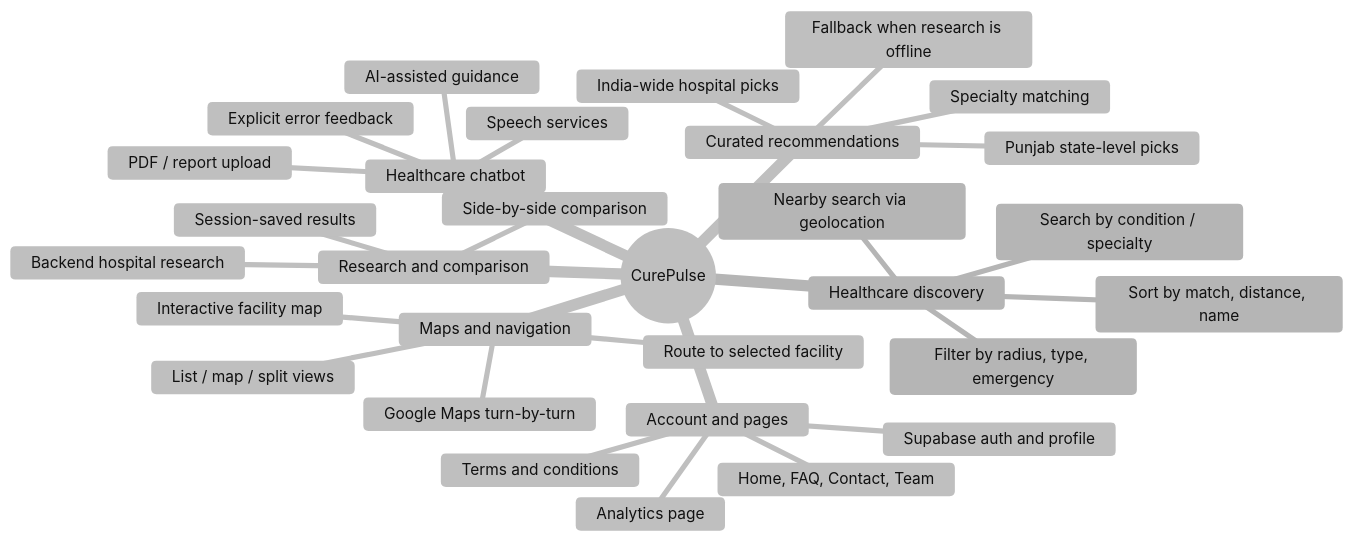
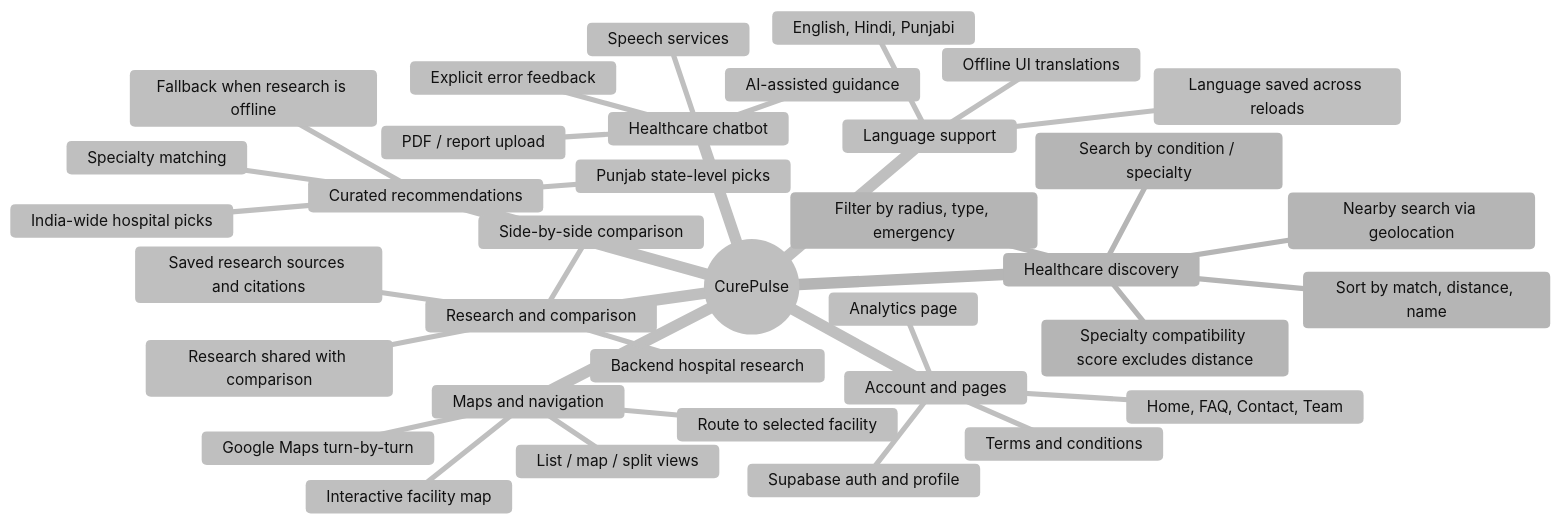
Before and after one commit to vanshkatnor1505/BuiltTechies: the first of 5 diagrams in README.md, drawn with Mermaid. The commit also changed other lines of this file, not shown here.

Commit message:
feat: update README to include language support and compatibility scoring details

````diff
--- a/README.md
+++ b/README.md
@@ -42,34 +42,40 @@
 ```mermaid
     %%{init: {'theme':'base', 'themeVariables': {'primaryColor':'#ffffff','primaryTextColor':'#111111','primaryBorderColor':'#555555','lineColor':'#555555','secondaryColor':'#f5f5f5','tertiaryColor':'#ffffff','fontSize':'15px','darkMode':false,'background':'#ffffff'}}}%%
 mindmap
   root((CurePulse))
     Healthcare discovery
       Search by condition / specialty
       Nearby search via geolocation
       Filter by radius, type, emergency
       Sort by match, distance, name
+      Specialty compatibility score excludes distance
     Curated recommendations
       India-wide hospital picks
       Punjab state-level picks
       Specialty matching
       Fallback when research is offline
     Maps and navigation
       Interactive facility map
       Route to selected facility
       Google Maps turn-by-turn
       List / map / split views
     Research and comparison
       Backend hospital research
-      Session-saved results
+      Saved research sources and citations
+      Research shared with comparison
       Side-by-side comparison
+    Language support
+      English, Hindi, Punjabi
+      Offline UI translations
+      Language saved across reloads
     Healthcare chatbot
       AI-assisted guidance
       PDF / report upload
       Speech services
       Explicit error feedback
     Account and pages
       Supabase auth and profile
       Home, FAQ, Contact, Team
       Analytics page
       Terms and conditions
 ```
````
